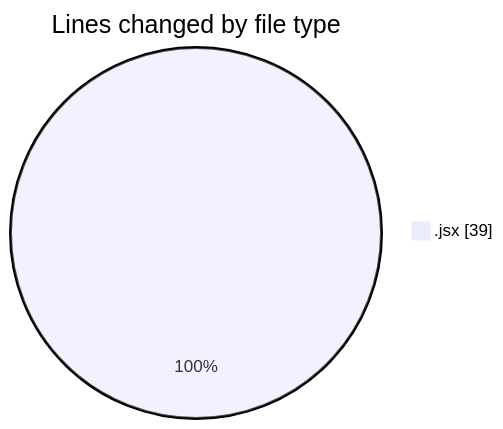
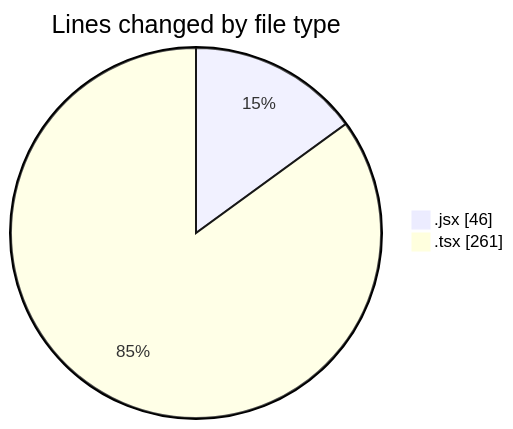
The first of 2 diagrams in 2026-02-11/cda/README.md (momahboobian/code-tracking), drawn with Mermaid before and after one commit. The commit also changed other lines of this file and 1 other file, not shown here.

````diff
--- a/2026-02-11/cda/README.md
+++ b/2026-02-11/cda/README.md
@@ -20,5 +21,6 @@
 ```mermaid
 pie showData
 title Lines changed by file type
-".jsx" : 39
+".jsx" : 46
+".tsx" : 261
 ```
````
